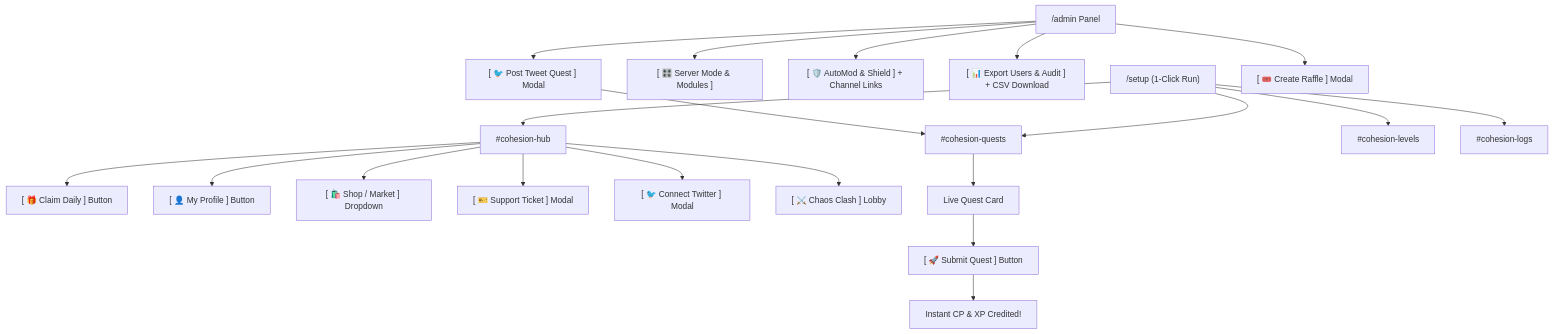
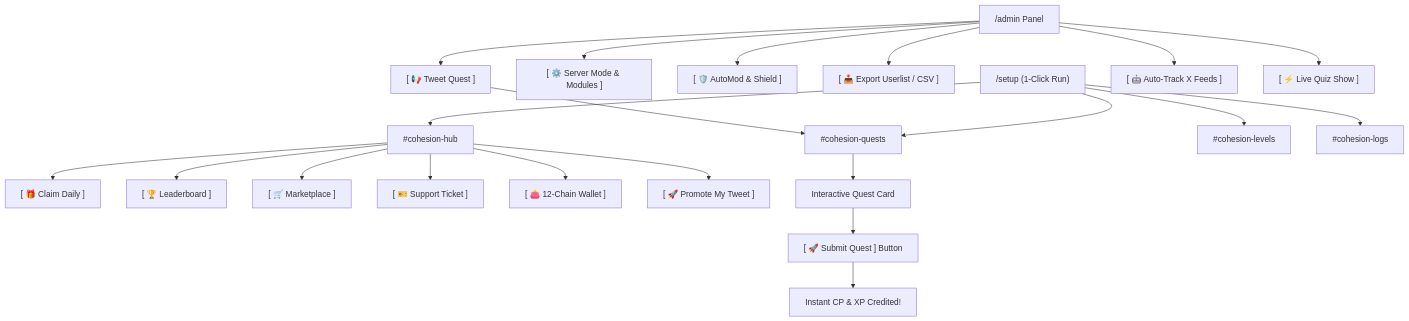
Before and after one commit to yournahian/Ohesion: the diagram in docs/README.md, drawn with Mermaid. The commit also changed other lines of this file and 1 other file, not shown here.

Commit message:
docs: document all 25 admin buttons and 12 member hub buttons in full detail

````diff
--- a/docs/README.md
+++ b/docs/README.md
@@ -153,25 +169,26 @@
 ```mermaid
 flowchart TD
     Setup["/setup (1-Click Run)"] --> Hub["#cohesion-hub"]
     Setup --> QuestsChan["#cohesion-quests"]
     Setup --> LevelsChan["#cohesion-levels"]
     Setup --> LogsChan["#cohesion-logs"]
 
-    Hub --> ClaimBtn["[ 🎁 Claim Daily ] Button"]
-    Hub --> ProfileBtn["[ 👤 My Profile ] Button"]
-    Hub --> ShopBtn["[ 🛍️ Shop / Market ] Dropdown"]
-    Hub --> TicketBtn["[ 🎫 Support Ticket ] Modal"]
-    Hub --> TwitterBtn["[ 🐦 Connect Twitter ] Modal"]
-    Hub --> ClashBtn["[ ⚔️ Chaos Clash ] Lobby"]
+    Hub --> ClaimBtn["[ 🎁 Claim Daily ]"]
+    Hub --> ProfileBtn["[ 🏆 Leaderboard ]"]
+    Hub --> ShopBtn["[ 🛒 Marketplace ]"]
+    Hub --> TicketBtn["[ 🎫 Support Ticket ]"]
+    Hub --> WalletBtn["[ 👛 12-Chain Wallet ]"]
+    Hub --> RaidBtn["[ 🚀 Promote My Tweet ]"]
 
-    Admin["/admin Panel"] --> Modules["[ 🎛️ Server Mode & Modules ]"]
-    Admin --> Shield["[ 🛡️ AutoMod & Shield ] + Channel Links"]
-    Admin --> Export["[ 📊 Export Users & Audit ] + CSV Download"]
-    Admin --> QuestDrop["[ 🐦 Post Tweet Quest ] Modal"]
-    Admin --> RaffleDrop["[ 🎟️ Create Raffle ] Modal"]
+    Admin["/admin Panel"] --> Modules["[ ⚙️ Server Mode & Modules ]"]
+    Admin --> Shield["[ 🛡️ AutoMod & Shield ]"]
+    Admin --> Export["[ 📥 Export Userlist / CSV ]"]
+    Admin --> QuestDrop["[ 📢 Tweet Quest ]"]
+    Admin --> AutoTrack["[ 🤖 Auto-Track X Feeds ]"]
+    Admin --> QuizDrop["[ ⚡ Live Quiz Show ]"]
 
     QuestDrop --> QuestsChan
-    QuestsChan --> QuestCard["Live Quest Card"]
+    QuestsChan --> QuestCard["Interactive Quest Card"]
     QuestCard --> SubmitBtn["[ 🚀 Submit Quest ] Button"]
     SubmitBtn --> Credit["Instant CP & XP Credited!"]
 ```
````
